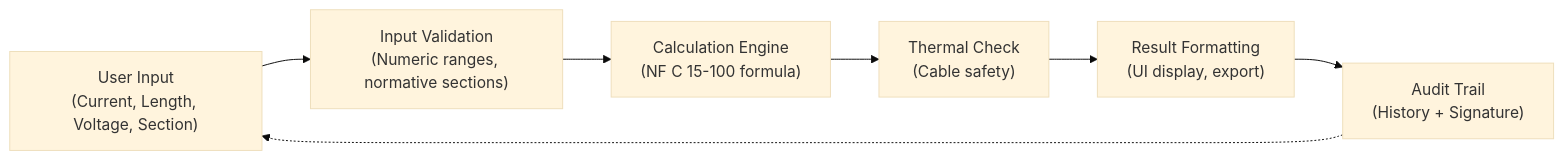
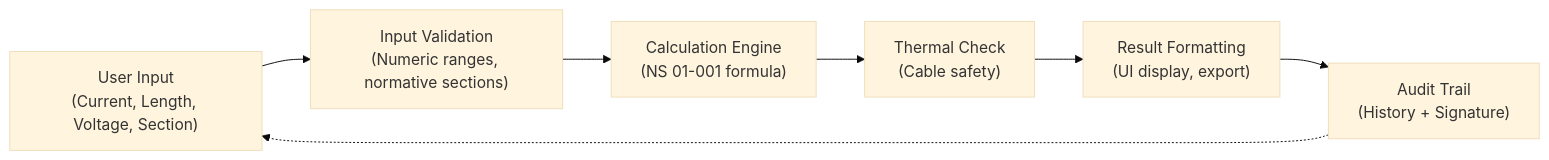
The diagram in DOCUMENTATION_VoltageDropCalculator.md (Yoombal29/Site_web_PROQUELEC), drawn with Mermaid (base theme) before and after one commit. The commit also changed other lines of this file and 198 other files, not shown here.

````diff
--- a/DOCUMENTATION_VoltageDropCalculator.md
+++ b/DOCUMENTATION_VoltageDropCalculator.md
@@ -78,16 +81,16 @@
 ```mermaid
 graph LR
     A["User Input<br/>(Current, Length, Voltage, Section)"]
     B["Input Validation<br/>(Numeric ranges, normative sections)"]
-    C["Calculation Engine<br/>(NF C 15-100 formula)"]
+    C["Calculation Engine<br/>(NS 01-001 formula)"]
     D["Thermal Check<br/>(Cable safety)"]
     E["Result Formatting<br/>(UI display, export)"]
     F["Audit Trail<br/>(History + Signature)"]
-    
+
     A --> B
     B --> C
     C --> D
     D --> E
     E --> F
     F -.-> A
 ```
````
